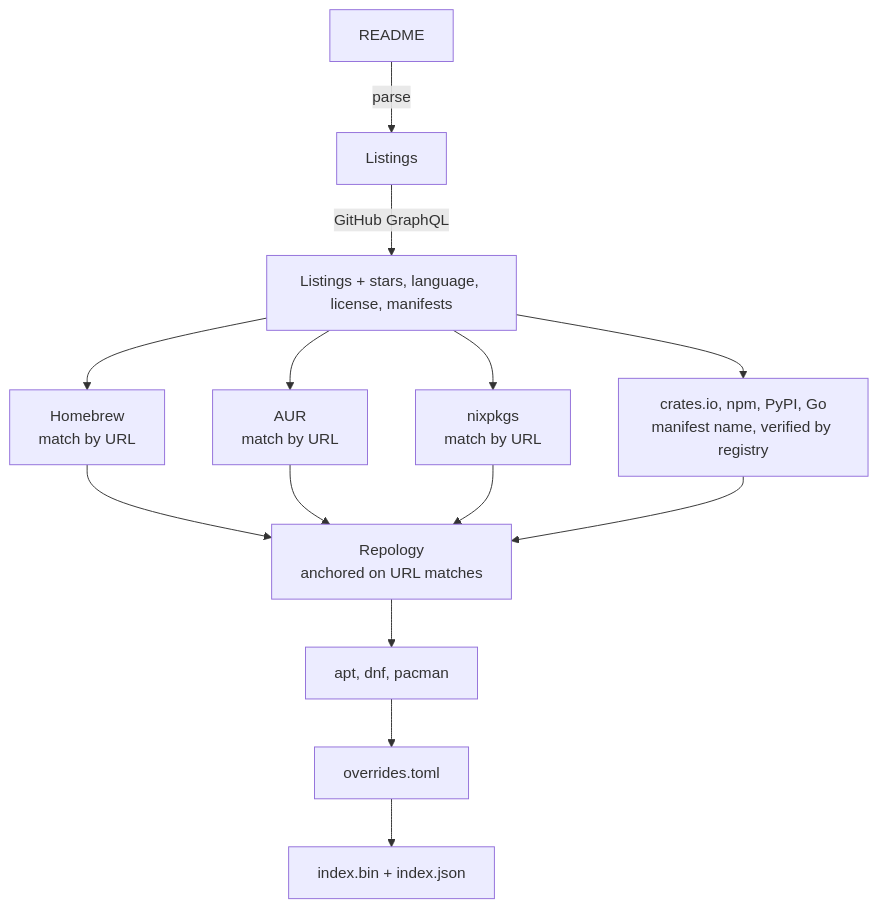
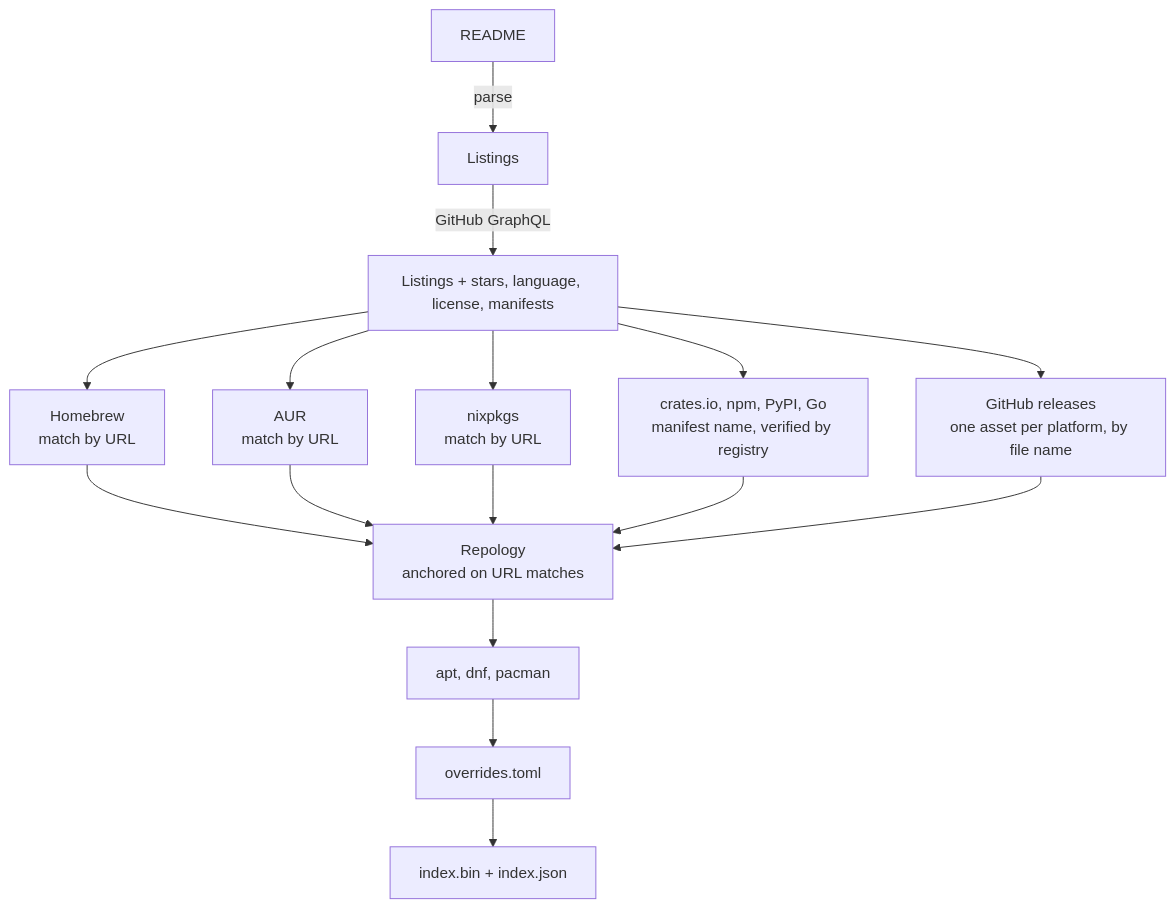
The first of 2 diagrams in docs/ARCHITECTURE.md (danctorres/tuiman), drawn with Mermaid before and after one commit. The commit also changed other lines of this file and 16 other files, not shown here.

First line of the commit message:
feat: install prebuilt binaries from GitHub releases

````diff
--- a/docs/ARCHITECTURE.md
+++ b/docs/ARCHITECTURE.md
@@ -50,13 +50,14 @@
 ```mermaid
 flowchart TD
     readme[README] -->|parse| listings[Listings]
     listings -->|GitHub GraphQL| enriched[Listings + stars, language, license, manifests]
     enriched --> brew[Homebrew<br/>match by URL]
     enriched --> aur[AUR<br/>match by URL]
     enriched --> nix[nixpkgs<br/>match by URL]
     enriched --> reg[crates.io, npm, PyPI, Go<br/>manifest name, verified by registry]
-    brew & aur & nix & reg --> repology[Repology<br/>anchored on URL matches]
+    enriched --> rel[GitHub releases<br/>one asset per platform, by file name]
+    brew & aur & nix & reg & rel --> repology[Repology<br/>anchored on URL matches]
     repology --> distros[apt, dnf, pacman]
     distros --> overrides[overrides.toml]
     overrides --> out[index.bin + index.json]
 ```
````
